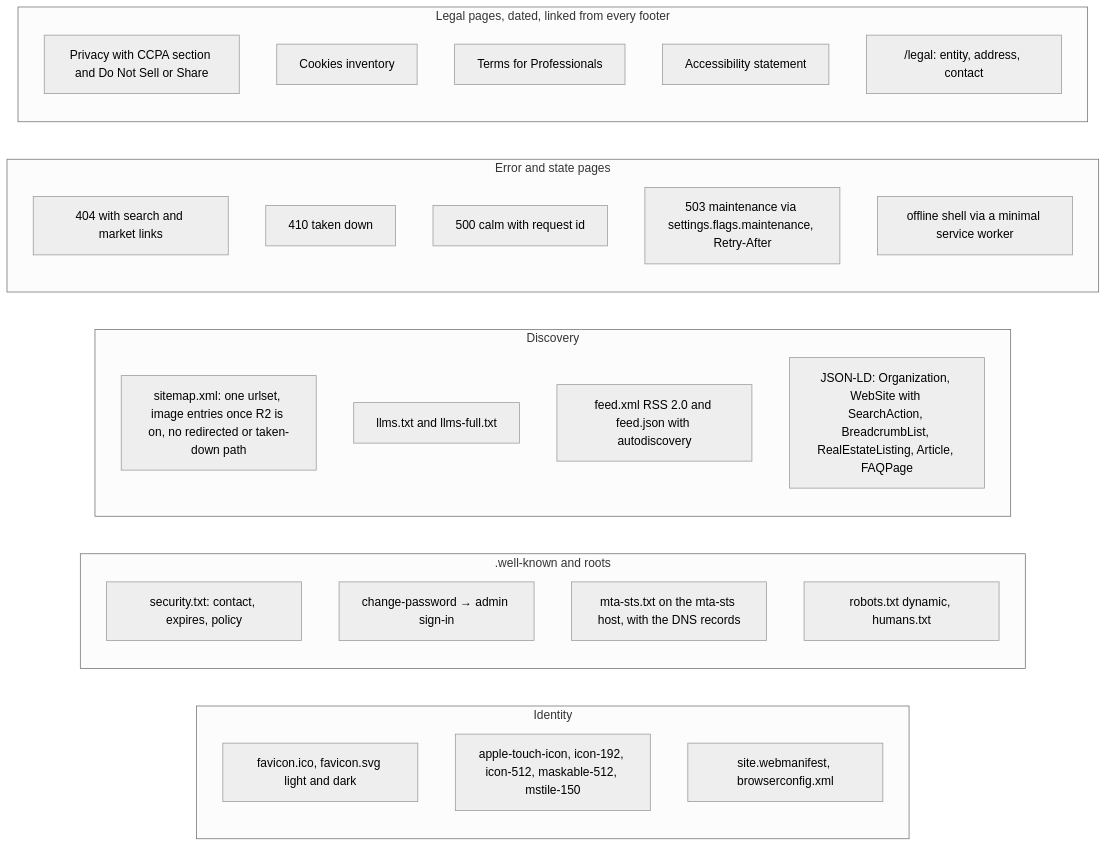
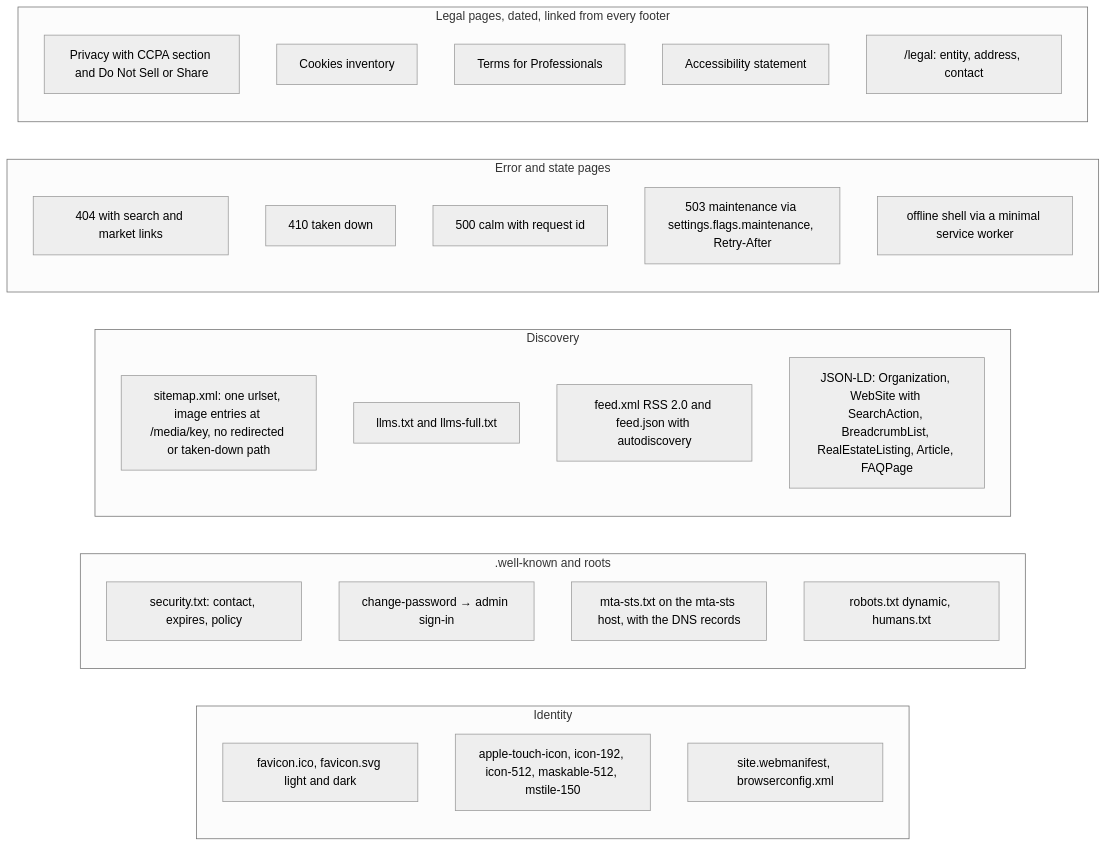
Before and after one commit to AbdulrahmanAmer/matter-of-place: the third of 3 diagrams in workspace/03-diagrams/essentials.md, drawn with Mermaid (neutral theme). The commit also changed other lines of this file and 84 other files, not shown here.

First line of the commit message:
Plans rewritten for three operator decisions: no R2 (Supabase Storage, /media route), captions through the laptop runner, one database with a launch switch; rulings H33 to H37; own files in line

````diff
--- a/workspace/03-diagrams/essentials.md
+++ b/workspace/03-diagrams/essentials.md
@@ -44,34 +44,34 @@
 ```mermaid
 flowchart LR
   subgraph IDENT[Identity]
     F1[favicon.ico, favicon.svg light and dark]
     F2[apple-touch-icon, icon-192, icon-512, maskable-512, mstile-150]
     F3[site.webmanifest, browserconfig.xml]
   end
   subgraph WELL[".well-known and roots"]
     W1[security.txt: contact, expires, policy]
     W2[change-password → admin sign-in]
     W3[mta-sts.txt on the mta-sts host, with the DNS records]
     W4[robots.txt dynamic, humans.txt]
   end
   subgraph FEEDS[Discovery]
-    S1[sitemap.xml: one urlset, image entries once R2 is on, no redirected or taken-down path]
+    S1[sitemap.xml: one urlset, image entries at /media/key, no redirected or taken-down path]
     S2[llms.txt and llms-full.txt]
     S3[feed.xml RSS 2.0 and feed.json with autodiscovery]
     S4[JSON-LD: Organization, WebSite with SearchAction, BreadcrumbList, RealEstateListing, Article, FAQPage]
   end
   subgraph ERR[Error and state pages]
     E1[404 with search and market links]
     E2[410 taken down]
     E3[500 calm with request id]
     E4[503 maintenance via settings.flags.maintenance, Retry-After]
     E5[offline shell via a minimal service worker]
   end
   subgraph LEGAL[Legal pages, dated, linked from every footer]
     L1[Privacy with CCPA section and Do Not Sell or Share]
     L2[Cookies inventory]
     L3[Terms for Professionals]
     L4[Accessibility statement]
     L5["/legal: entity, address, contact"]
   end
 ```
````
